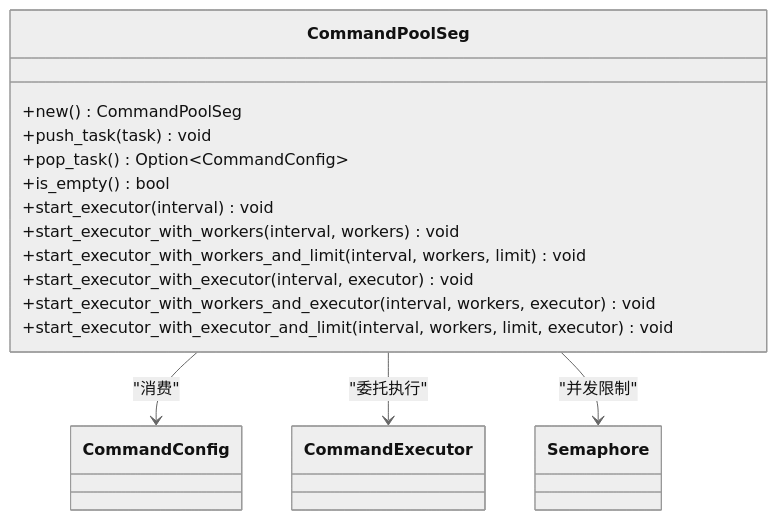
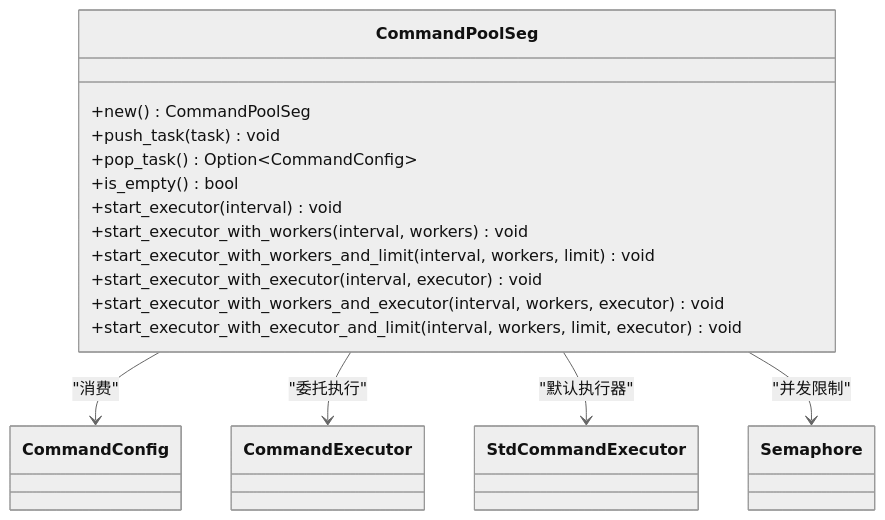
The fourth of 10 diagrams in .qoder/repowiki/zh/content/核心 API 参考/核心 API 参考.md (xcry2006/execute), drawn with Mermaid (neutral theme) before and after one commit. The commit also changed other lines of this file and 9 other files, not shown here.

````diff
--- a/.qoder/repowiki/zh/content/核心 API 参考/核心 API 参考.md
+++ b/.qoder/repowiki/zh/content/核心 API 参考/核心 API 参考.md
@@ -291,21 +345,23 @@
 ```mermaid
 classDiagram
 class CommandPoolSeg {
 +new() CommandPoolSeg
 +push_task(task) void
 +pop_task() Option~CommandConfig~
 +is_empty() bool
 +start_executor(interval) void
 +start_executor_with_workers(interval, workers) void
 +start_executor_with_workers_and_limit(interval, workers, limit) void
 +start_executor_with_executor(interval, executor) void
 +start_executor_with_workers_and_executor(interval, workers, executor) void
 +start_executor_with_executor_and_limit(interval, workers, limit, executor) void
 }
 class CommandConfig
 class CommandExecutor
+class StdCommandExecutor
 class Semaphore
 CommandPoolSeg --> CommandConfig : "消费"
 CommandPoolSeg --> CommandExecutor : "委托执行"
+CommandPoolSeg --> StdCommandExecutor : "默认执行器"
 CommandPoolSeg --> Semaphore : "并发限制"
 ```
````
